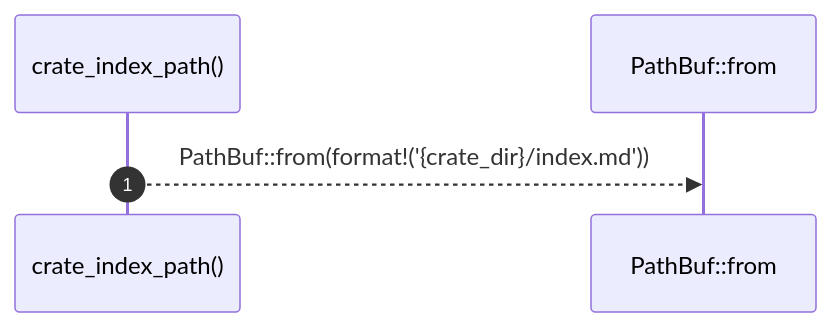
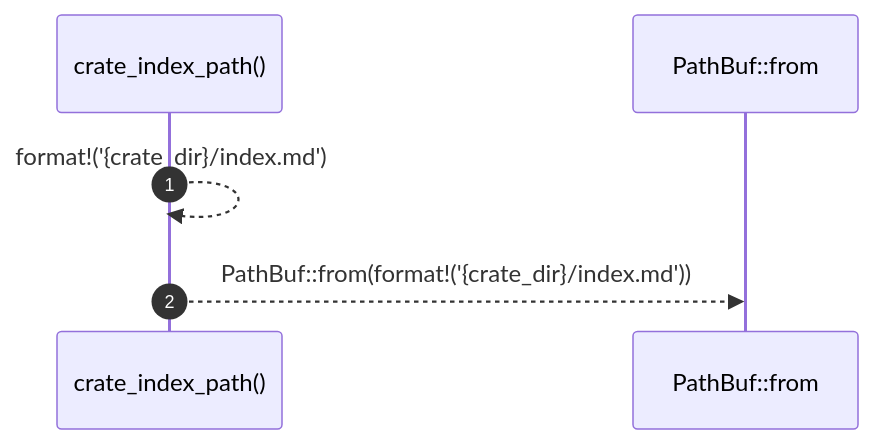
The diagram in docs/self-model/robby_render/tree/crate-index-path.md (RyanGuild/self-describing-code), drawn with Mermaid before and after one commit. The commit also changed other lines of this file and 1404 other files, not shown here.

````diff
--- a/docs/self-model/robby_render/tree/crate-index-path.md
+++ b/docs/self-model/robby_render/tree/crate-index-path.md
@@ -18,7 +18,8 @@
 ```mermaid
 sequenceDiagram
     autonumber
     participant crate_index_path as crate_index_path()
     participant PathBuf__from as PathBuf::from
+    crate_index_path-->>crate_index_path: format!('{crate_dir}/index.md')
     crate_index_path-->>PathBuf__from: PathBuf::from(format!('{crate_dir}/index.md'))
 ```
````
